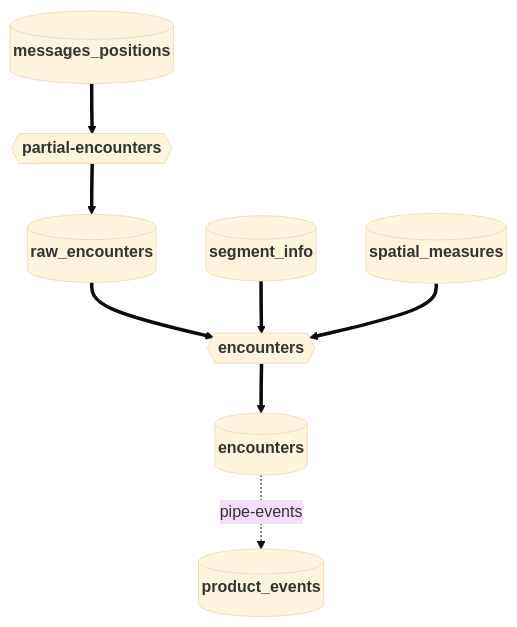
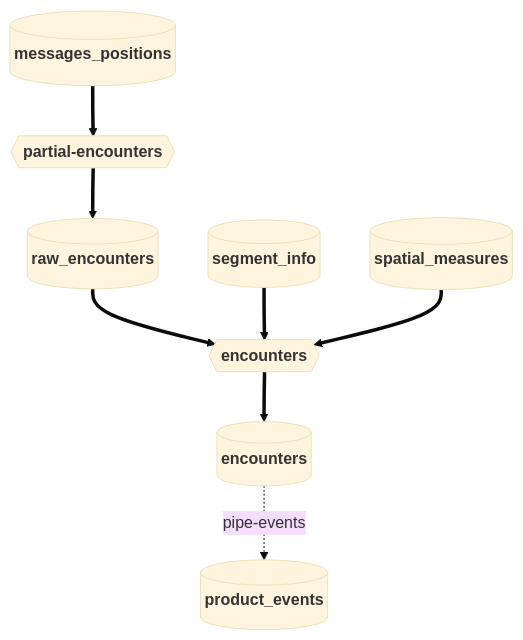
Before and after one commit to GlobalFishingWatch/pipe-encounters: the diagram in README.md, drawn with Mermaid (base theme). The commit also changed other lines of this file, not shown here.

First line of the commit message:
Vary the README introduction's opening and give the diagram's names more room

````diff
--- a/README.md
+++ b/README.md
@@ -77,23 +77,23 @@
 ```mermaid
 ---
 config:
   look: classic
   layout: dagre
   flowchart:
     wrappingWidth: 400
-    padding: 6
+    padding: 8
 ---
 flowchart TD
     MP[("<b>messages_positions</b>")]
     SI[("<b>segment_info</b>")]
     SM[("<b>spatial_measures</b>")]
     RE[("<b>raw_encounters</b>")]
     EN[("<b>encounters</b>")]
     EV[("<b>product_events</b>")]
     PC{{"<b>partial-encounters</b>"}}
     JC{{"<b>encounters</b>"}}
 
     MP ==> PC ==> RE ==> JC ==> EN -. pipe-events .-> EV
     SI ==> JC
     SM ==> JC
 ```
````
